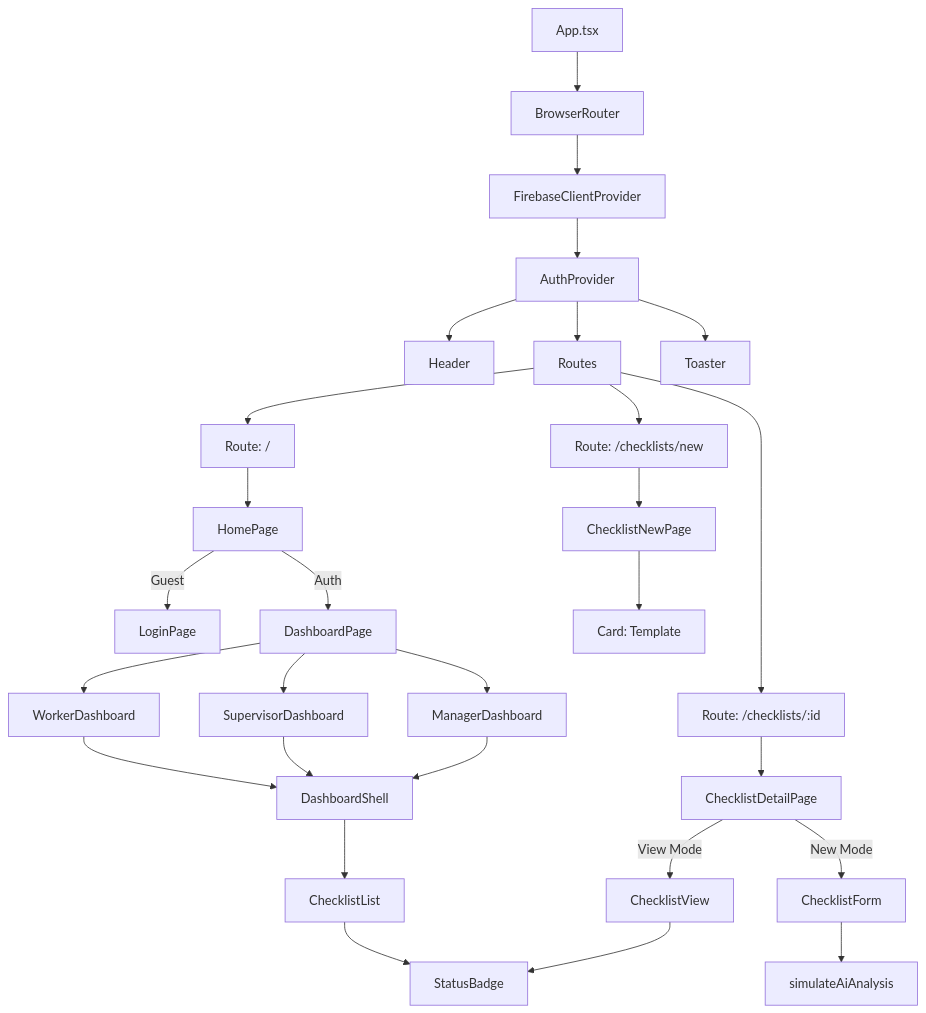
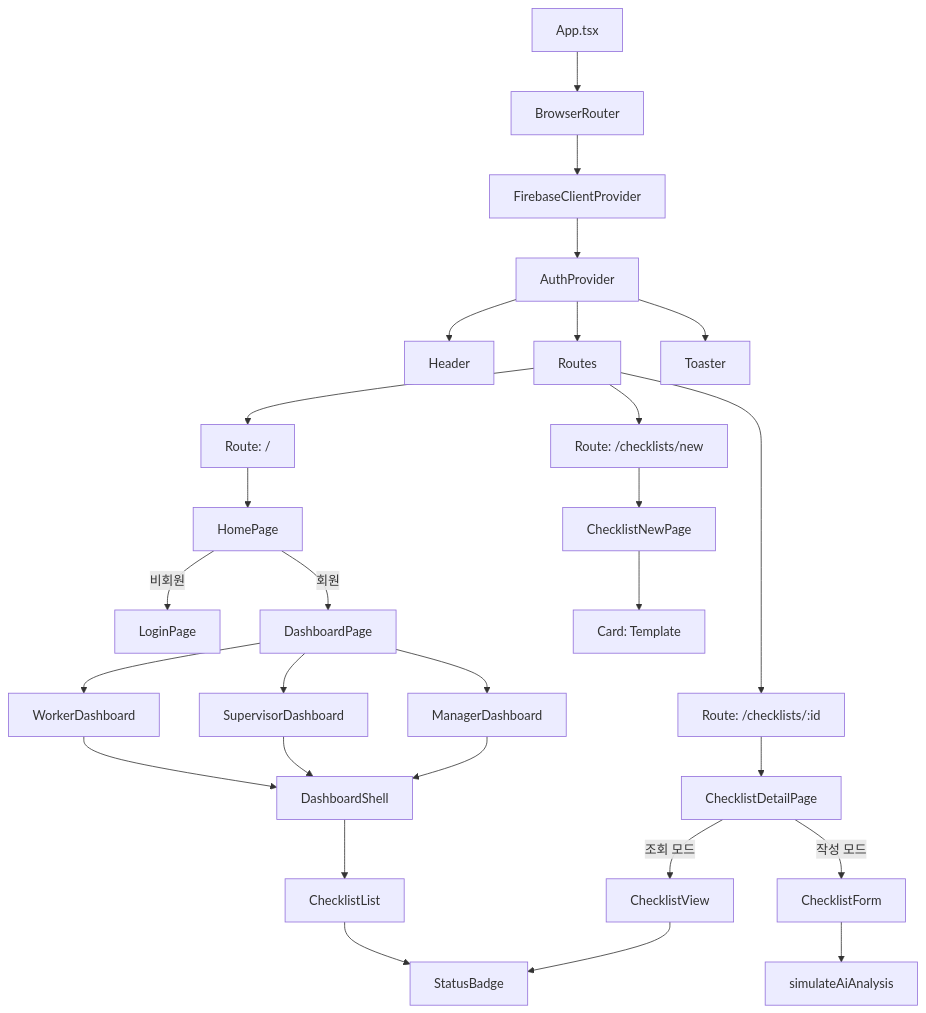
The diagram in docs/COMPONENT_ARCHITECTURE.md (kingdom711/studio), drawn with Mermaid before and after one commit. The commit also changed other lines of this file and 31 other files, not shown here.

````diff
--- a/docs/COMPONENT_ARCHITECTURE.md
+++ b/docs/COMPONENT_ARCHITECTURE.md
@@ -7,47 +7,47 @@
 ```mermaid
 graph TD
     App[App.tsx] --> Router[BrowserRouter]
     Router --> FBProvider[FirebaseClientProvider]
     FBProvider --> AuthProvider[AuthProvider]
     
     AuthProvider --> Header[Header]
     AuthProvider --> Routes[Routes]
     AuthProvider --> Toaster[Toaster]
 
-    %% Routes & Pages
+    %% 경로 및 페이지
     Routes --> RouteHome[Route: /]
     RouteHome --> HomePage[HomePage]
     
     Routes --> RouteNew[Route: /checklists/new]
     RouteNew --> ChecklistNewPage[ChecklistNewPage]
     
     Routes --> RouteDetail[Route: /checklists/:id]
     RouteDetail --> ChecklistDetailPage[ChecklistDetailPage]
 
-    %% Home Page Logic
-    HomePage -- Guest --> LoginPage[LoginPage]
-    HomePage -- Auth --> DashboardPage[DashboardPage]
+    %% 홈 페이지 로직
+    HomePage -- 비회원 --> LoginPage[LoginPage]
+    HomePage -- 회원 --> DashboardPage[DashboardPage]
 
-    %% Dashboard Layer (Refactored)
+    %% 대시보드 계층 (리팩토링됨)
     DashboardPage --> WorkerDash[WorkerDashboard]
     DashboardPage --> SupervisorDash[SupervisorDashboard]
     DashboardPage --> ManagerDash[ManagerDashboard]
 
-    %% Shared Dashboard Layout
+    %% 공유 대시보드 레이아웃
     WorkerDash --> DashShell[DashboardShell]
     SupervisorDash --> DashShell
     ManagerDash --> DashShell
 
-    %% Feature Components
+    %% 기능 컴포넌트
     DashShell --> ChecklistList[ChecklistList]
     ChecklistList --> StatusBadge[StatusBadge]
     
     ChecklistNewPage --> TemplateCard[Card: Template]
     
-    ChecklistDetailPage -- New Mode --> ChecklistForm[ChecklistForm]
-    ChecklistDetailPage -- View Mode --> ChecklistView[ChecklistView]
+    ChecklistDetailPage -- 작성 모드 --> ChecklistForm[ChecklistForm]
+    ChecklistDetailPage -- 조회 모드 --> ChecklistView[ChecklistView]
 
-    %% Form & View
+    %% 폼 및 뷰
     ChecklistForm --> AIAnalysis[simulateAiAnalysis]
     ChecklistView --> StatusBadge
 ```
````
